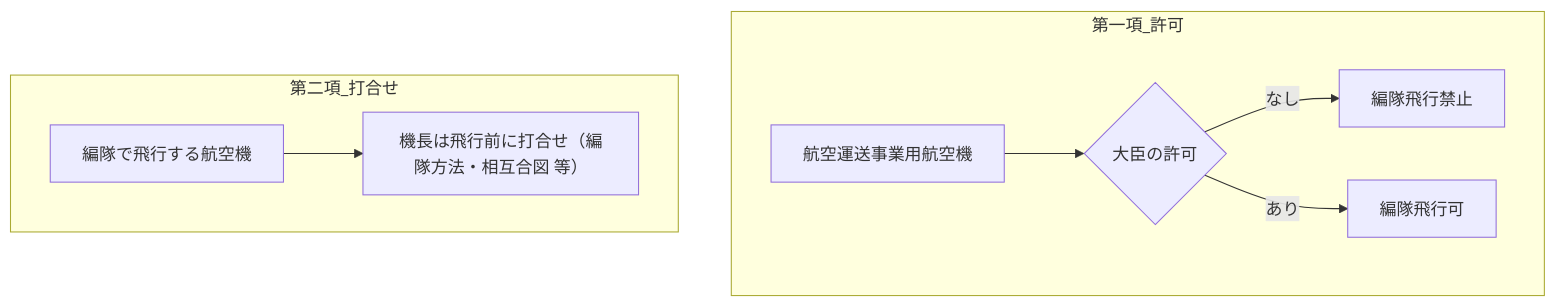
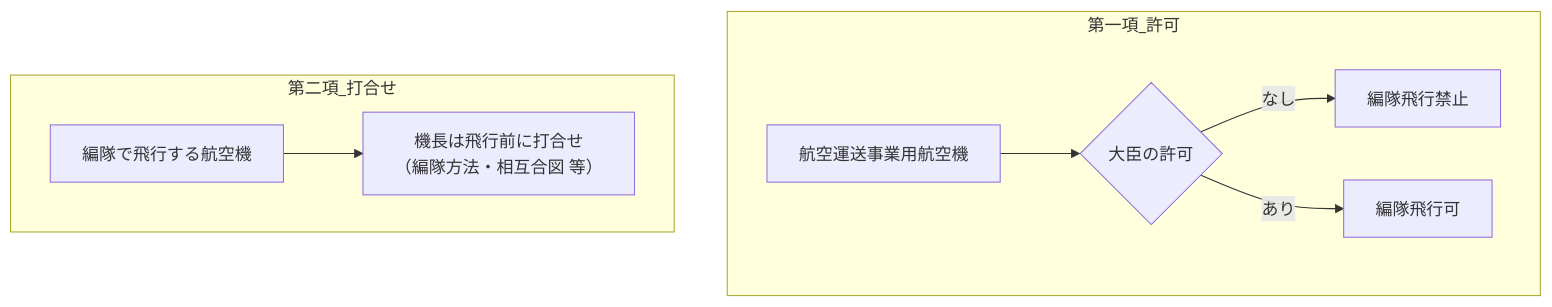
One commit to yonemotoBB/pil changed diagram 18 of 30 in chapters/06_第六章.md. Above: the diagram before and after it, drawn with Mermaid. The commit also changed other lines of this file, not shown here.

````diff
--- a/chapters/06_第六章.md
+++ b/chapters/06_第六章.md
@@ -1009,11 +1009,11 @@
 ```mermaid
 flowchart TD
     subgraph 第一項_許可
         a["航空運送事業用航空機"] --> q{"大臣の許可"}
         q -->|なし| ng["編隊飛行禁止"]
         q -->|あり| ok["編隊飛行可"]
     end
     subgraph 第二項_打合せ
-        b["編隊で飛行する航空機"] --> mtg["機長は飛行前に打合せ（編隊方法・相互合図 等）"]
+        b["編隊で飛行する航空機"] --> mtg["機長は飛行前に打合せ<br>（編隊方法・相互合図 等）"]
     end
 ```
````
